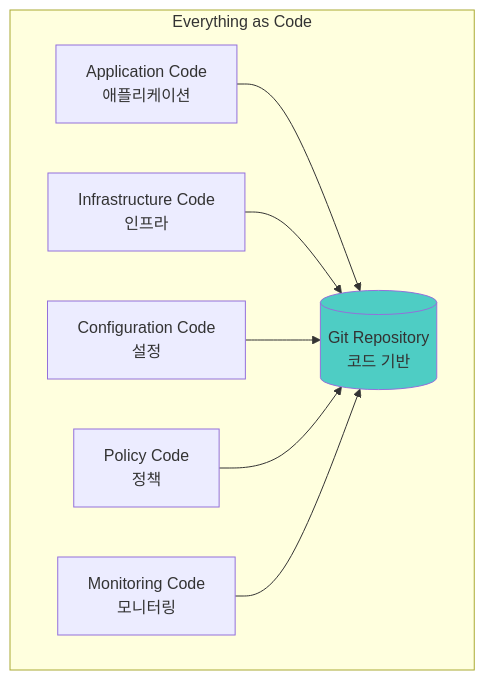
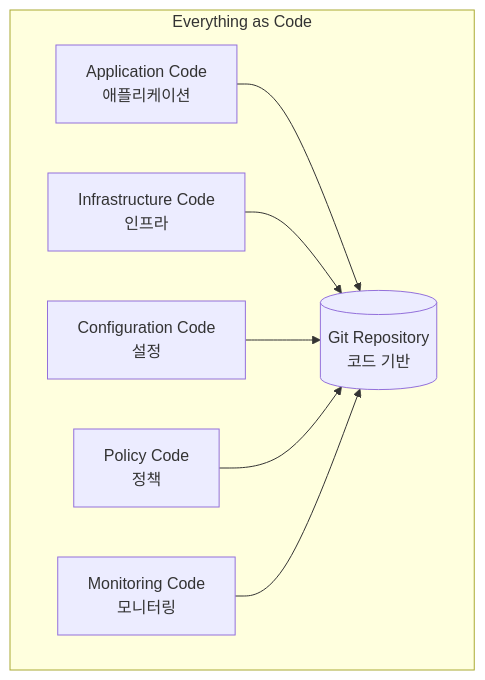
Before and after one commit to juwon8891/juwon8891.github.io: the fifth of 41 diagrams in docs/cicd/week1-image-build.md, drawn with Mermaid. The commit also changed other lines of this file and 18 other files, not shown here.

Commit message:
Remove bright colors from Mermaid diagrams for dark mode compatibility

````diff
--- a/docs/cicd/week1-image-build.md
+++ b/docs/cicd/week1-image-build.md
@@ -224,20 +214,19 @@
 ```mermaid
 graph TB
     subgraph "Everything as Code"
         APPS[Application Code<br/>애플리케이션]
         INFRA[Infrastructure Code<br/>인프라]
         CONFIG[Configuration Code<br/>설정]
         POLICY[Policy Code<br/>정책]
         MONITOR[Monitoring Code<br/>모니터링]
 
         CODE_BASE[(Git Repository<br/>코드 기반)]
 
         APPS --> CODE_BASE
         INFRA --> CODE_BASE
         CONFIG --> CODE_BASE
         POLICY --> CODE_BASE
         MONITOR --> CODE_BASE
 
-        style CODE_BASE fill:#4ECDC4
     end
 ```
````
